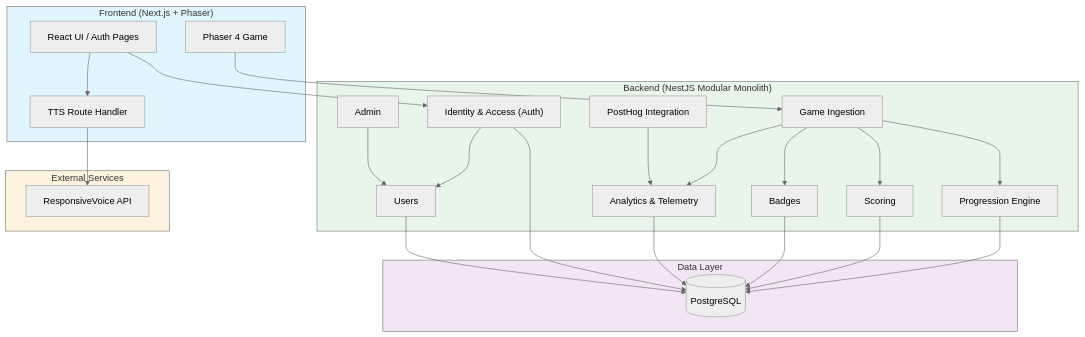
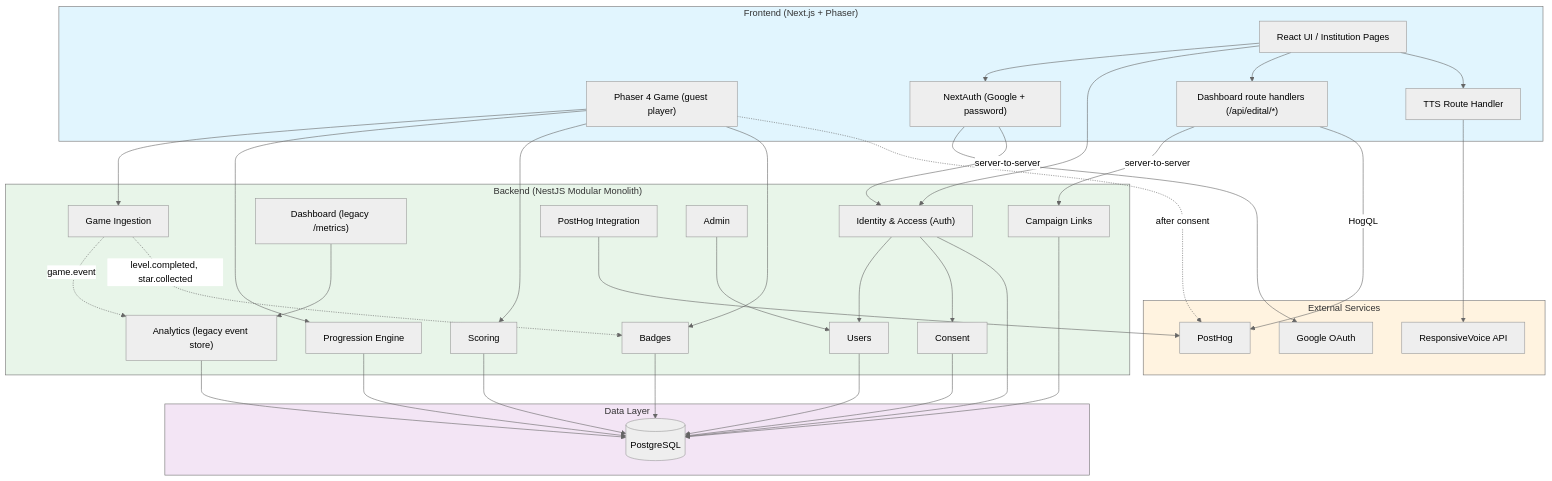
Before and after one commit to Labs-de-Games/guardiao-da-cultura: the first of 2 diagrams in docs/en/ARCHITECTURE.md, drawn with Mermaid (neutral theme). The commit also changed other lines of this file and 1 other file, not shown here.

Commit message:
docs(docs): rewrite architecture for guest play and current API

````diff
--- a/docs/en/ARCHITECTURE.md
+++ b/docs/en/ARCHITECTURE.md
@@ -65,51 +73,70 @@
 ```mermaid
 flowchart TB
     subgraph Frontend["Frontend (Next.js + Phaser)"]
-        UI["React UI / Auth Pages"]
-        Game["Phaser 4 Game"]
+        Game["Phaser 4 Game (guest player)"]
+        UI["React UI / Institution Pages"]
+        NextAuth["NextAuth (Google + password)"]
+        Edital["Dashboard route handlers (/api/edital/*)"]
         TTS["TTS Route Handler"]
     end
 
     subgraph Backend["Backend (NestJS Modular Monolith)"]
         Auth["Identity & Access (Auth)"]
         Users["Users"]
+        Consent["Consent"]
         GameBE["Game Ingestion"]
         Progression["Progression Engine"]
         Scoring["Scoring"]
         Badges["Badges"]
-        Analytics["Analytics & Telemetry"]
+        Analytics["Analytics (legacy event store)"]
+        Dashboard["Dashboard (legacy /metrics)"]
+        CampaignLinks["Campaign Links"]
         PostHogBE["PostHog Integration"]
         Admin["Admin"]
     end
 
     subgraph External["External Services"]
+        Google["Google OAuth"]
+        PostHog["PostHog"]
         ExternalRV["ResponsiveVoice API"]
     end
 
     subgraph Data["Data Layer"]
         DB[(PostgreSQL)]
     end
 
+    Game --> GameBE
+    Game --> Progression
+    Game --> Scoring
+    Game --> Badges
+    Game -.->|"after consent"| PostHog
+    UI --> NextAuth
     UI --> Auth
-    Game --> GameBE
+    UI --> Edital
     UI --> TTS
-    GameBE --> Progression
-    GameBE --> Scoring
-    GameBE --> Badges
-    GameBE --> Analytics
+    NextAuth --> Google
+    NextAuth -->|"server-to-server"| Auth
+    Edital -->|"server-to-server"| CampaignLinks
+    Edital -->|"HogQL"| PostHog
+    GameBE -.->|"game.event"| Analytics
+    GameBE -.->|"level.completed, star.collected"| Badges
     Auth --> Users
+    Auth --> Consent
     Admin --> Users
+    Dashboard --> Analytics
+    PostHogBE --> PostHog
     TTS --> ExternalRV
+    Users --> DB
+    Consent --> DB
     Progression --> DB
     Scoring --> DB
     Badges --> DB
     Analytics --> DB
+    CampaignLinks --> DB
     Auth --> DB
-    Users --> DB
-    PostHogBE --> Analytics
 
     style Frontend fill:#e1f5fe
     style Backend fill:#e8f5e9
     style Data fill:#f3e5f5
     style External fill:#fff3e0
 ```
````
